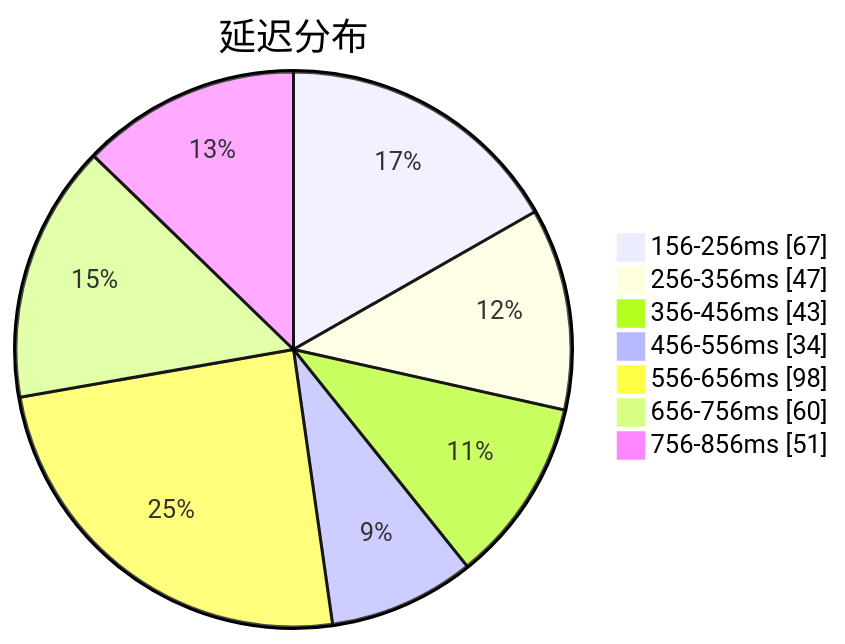
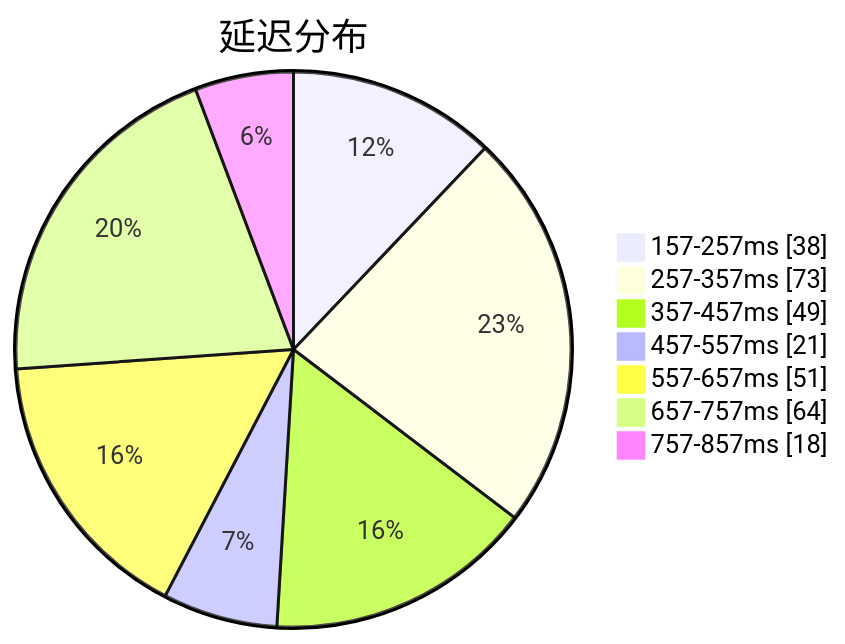
One commit to qjlxg/airport changed the first of 3 diagrams in subs/statistics/tested_within.md. Above: the diagram before and after it, drawn with Mermaid. The commit also changed other lines of this file and 2 other files, not shown here.

````diff
--- a/subs/statistics/tested_within.md
+++ b/subs/statistics/tested_within.md
@@ -2,11 +2,11 @@
 ```mermaid
 pie showData
 title 延迟分布
-"156-256ms" : 67
-"256-356ms" : 47
-"356-456ms" : 43
-"456-556ms" : 34
-"556-656ms" : 98
-"656-756ms" : 60
-"756-856ms" : 51
+"157-257ms" : 38
+"257-357ms" : 73
+"357-457ms" : 49
+"457-557ms" : 21
+"557-657ms" : 51
+"657-757ms" : 64
+"757-857ms" : 18
 ```
````
